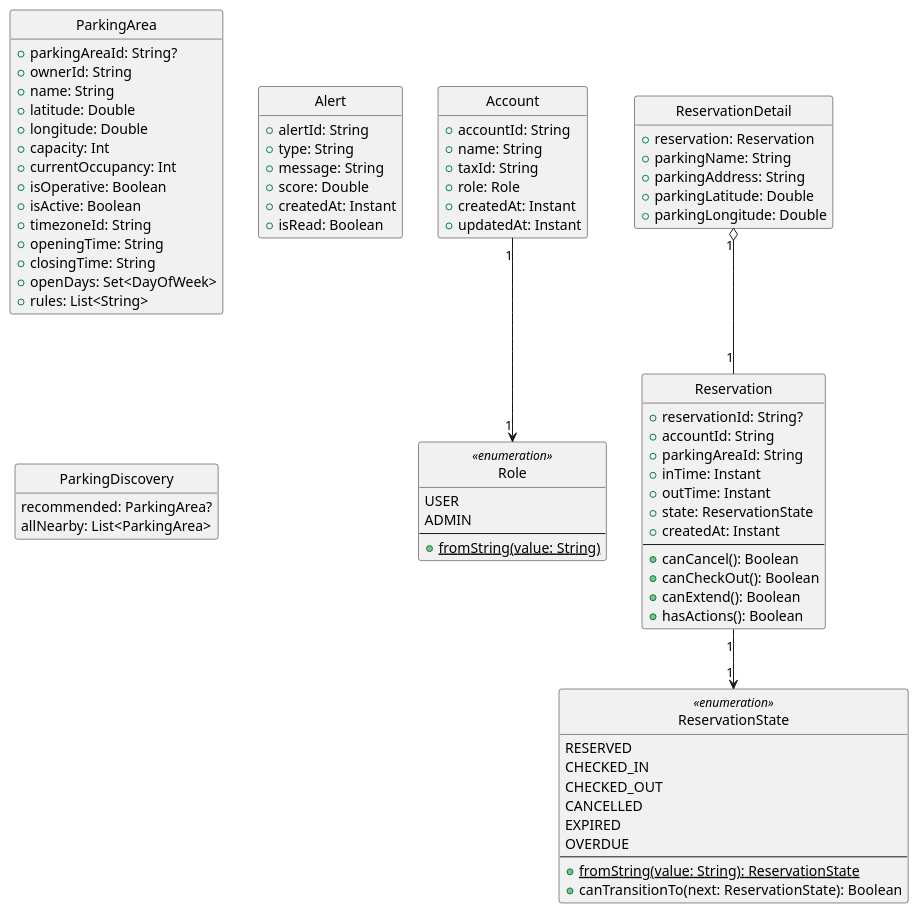
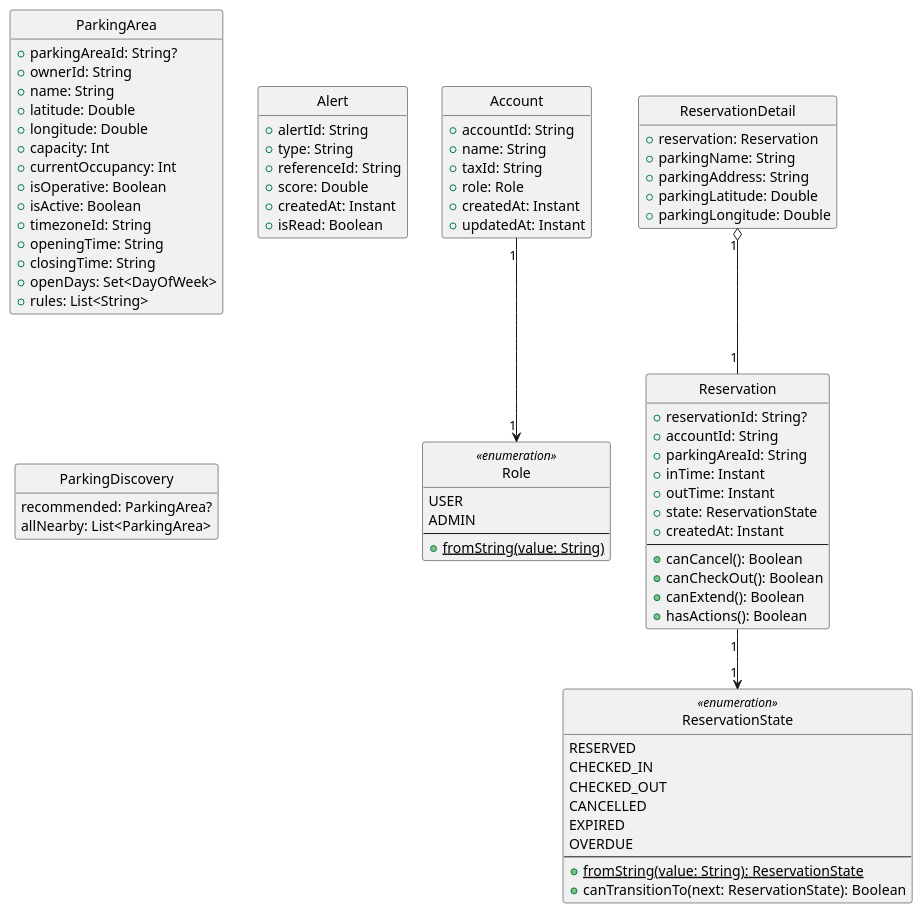
Before and after one commit to mmmatanza/BikeParkingApp: the diagram in docs/diseño/Diagramas de clases/Entidades de dominio.puml, drawn with PlantUML. The commit also changed 19 other files, not shown here.

```diff
--- a/docs/diseño/Diagramas de clases/Entidades de dominio.puml
+++ b/docs/diseño/Diagramas de clases/Entidades de dominio.puml
@@ -1,90 +1,90 @@
 @startuml domain_entities
 skinparam style strictuml
 skinparam linetype ortho
 hide empty members
 
 class Account {
     + accountId: String
     + name: String
     + taxId: String
     + role: Role
     + createdAt: Instant
     + updatedAt: Instant
 }
 
 enum Role <<enumeration>> {
     USER
     ADMIN
     --
     {static} + fromString(value: String)
 }
 
 class ParkingArea {
     + parkingAreaId: String?
     + ownerId: String
     + name: String
     + latitude: Double
     + longitude: Double
     + capacity: Int
     + currentOccupancy: Int
     + isOperative: Boolean
     + isActive: Boolean
     + timezoneId: String
     + openingTime: String
     + closingTime: String
     + openDays: Set<DayOfWeek>
     + rules: List<String>
 }
 class Reservation {
     + reservationId: String?
     + accountId: String
     + parkingAreaId: String
     + inTime: Instant
     + outTime: Instant
     + state: ReservationState
     + createdAt: Instant
     --
     + canCancel(): Boolean
     + canCheckOut(): Boolean
     + canExtend(): Boolean
     + hasActions(): Boolean
 }
 
 enum ReservationState <<enumeration>> {
     RESERVED
     CHECKED_IN
     CHECKED_OUT
     CANCELLED
     EXPIRED
     OVERDUE
     --
     {static} + fromString(value: String): ReservationState
     + canTransitionTo(next: ReservationState): Boolean
 }
 
 class ReservationDetail {
     + reservation: Reservation
     + parkingName: String
     + parkingAddress: String
     + parkingLatitude: Double
     + parkingLongitude: Double
 }
 
 class Alert {
     + alertId: String
     + type: String
-    + message: String
+    + referenceId: String
     + score: Double
     + createdAt: Instant
     + isRead: Boolean
 }
 
 class ParkingDiscovery{
     recommended: ParkingArea?
     allNearby: List<ParkingArea>
 }
 
 Account "1" --> "1" Role
 Reservation "1" --> "1" ReservationState
 ReservationDetail "1" o-- "1" Reservation
 @enduml
```
